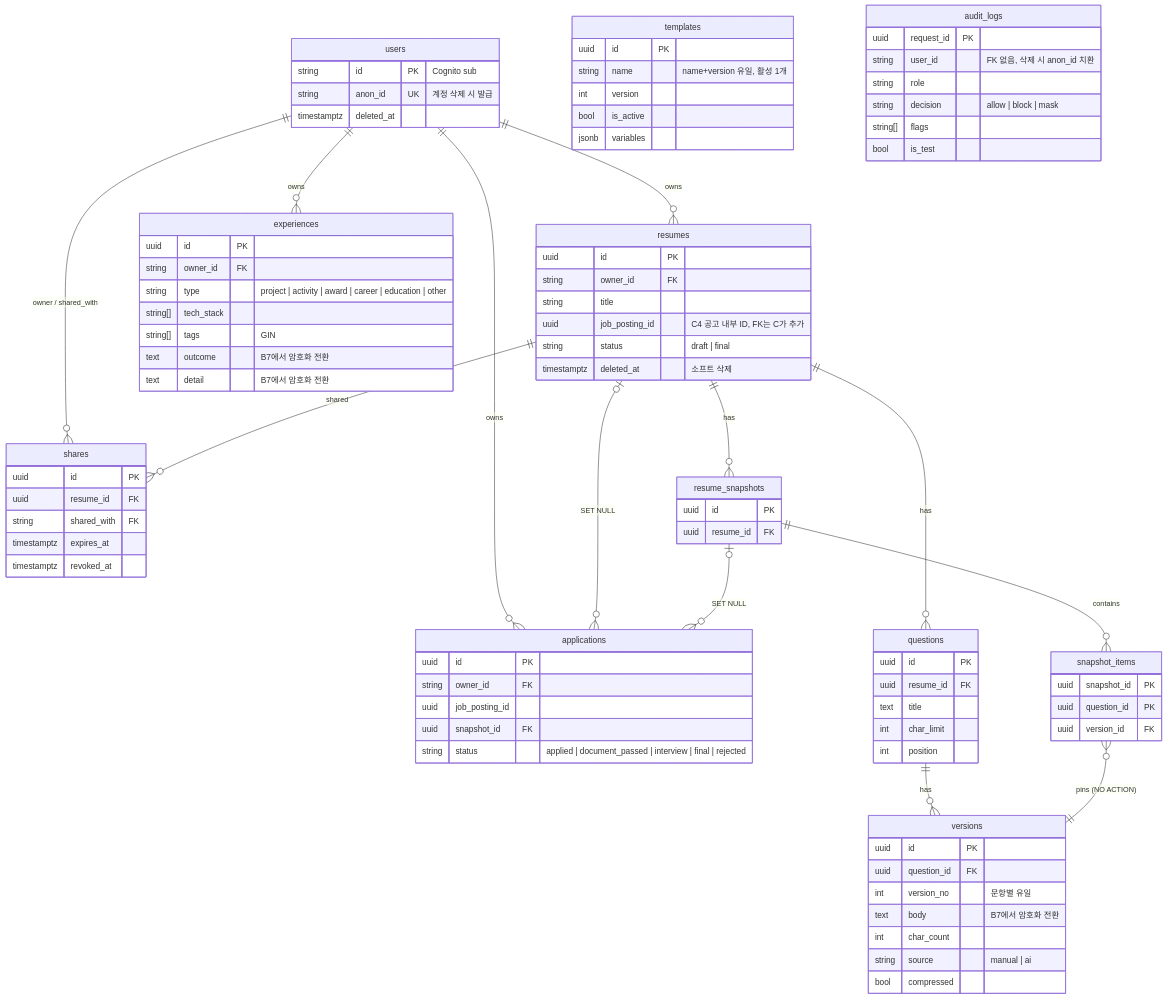
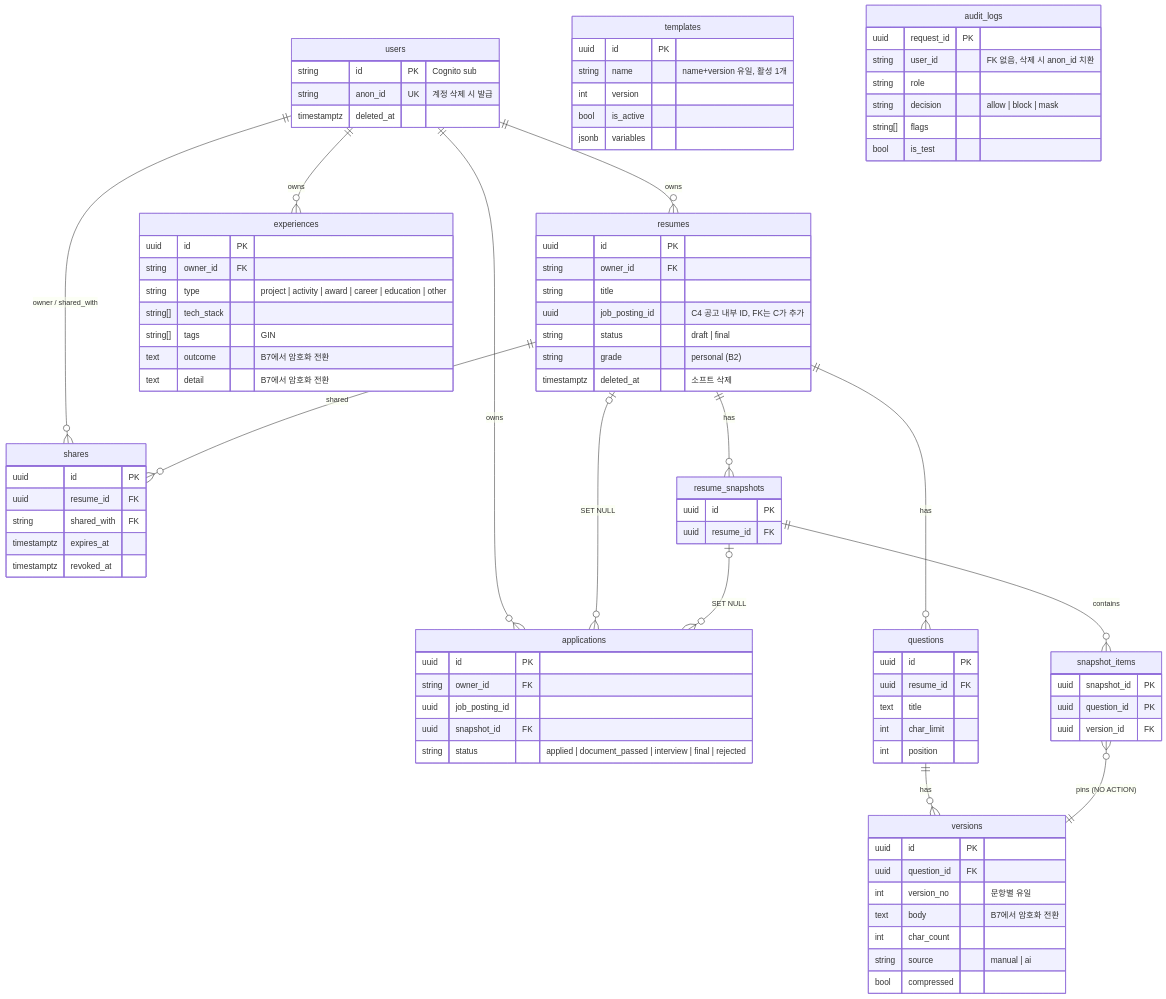
Before and after one commit to TL-cg11/nesume: the diagram in app/app/models/README.md, drawn with Mermaid. The commit also changed other lines of this file and 9 other files, not shown here.

```diff
--- a/app/app/models/README.md
+++ b/app/app/models/README.md
@@ -31,6 +31,7 @@
         string title
         uuid job_posting_id "C4 공고 내부 ID, FK는 C가 추가"
         string status "draft | final"
+        string grade "personal (B2)"
         timestamptz deleted_at "소프트 삭제"
     }
     questions {
```
